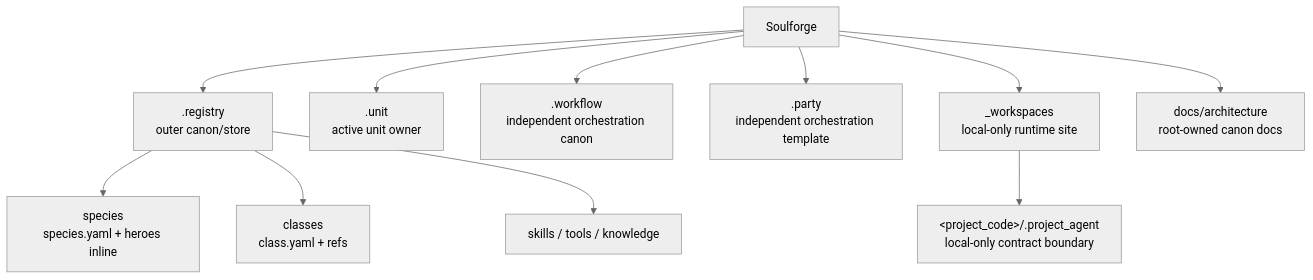
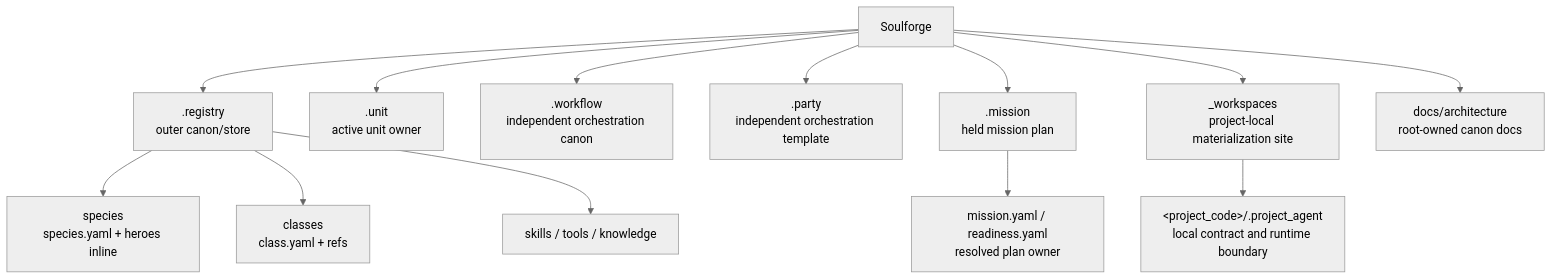
The diagram in docs/architecture/foundation/REPOSITORY_PURPOSE.md (SungYongMOON/soulforge), drawn with Mermaid (neutral theme) before and after one commit. The commit also changed other lines of this file and 27 other files, not shown here.

````diff
--- a/docs/architecture/foundation/REPOSITORY_PURPOSE.md
+++ b/docs/architecture/foundation/REPOSITORY_PURPOSE.md
@@ -18,13 +19,15 @@
 ```mermaid
 flowchart TD
   S["Soulforge"] --> R[".registry<br/>outer canon/store"]
   R --> RS["species<br/>species.yaml + heroes inline"]
   R --> RC["classes<br/>class.yaml + refs"]
   R --> RR["skills / tools / knowledge"]
   S --> U[".unit<br/>active unit owner"]
   S --> W[".workflow<br/>independent orchestration canon"]
   S --> P[".party<br/>independent orchestration template"]
-  S --> M["_workspaces<br/>local-only runtime site"]
-  M --> PA["&lt;project_code&gt;/.project_agent<br/>local-only contract boundary"]
+  S --> MI[".mission<br/>held mission plan"]
+  S --> M["_workspaces<br/>project-local materialization site"]
+  MI --> MP["mission.yaml / readiness.yaml<br/>resolved plan owner"]
+  M --> PA["&lt;project_code&gt;/.project_agent<br/>local contract and runtime boundary"]
   S --> D["docs/architecture<br/>root-owned canon docs"]
 ```
````
